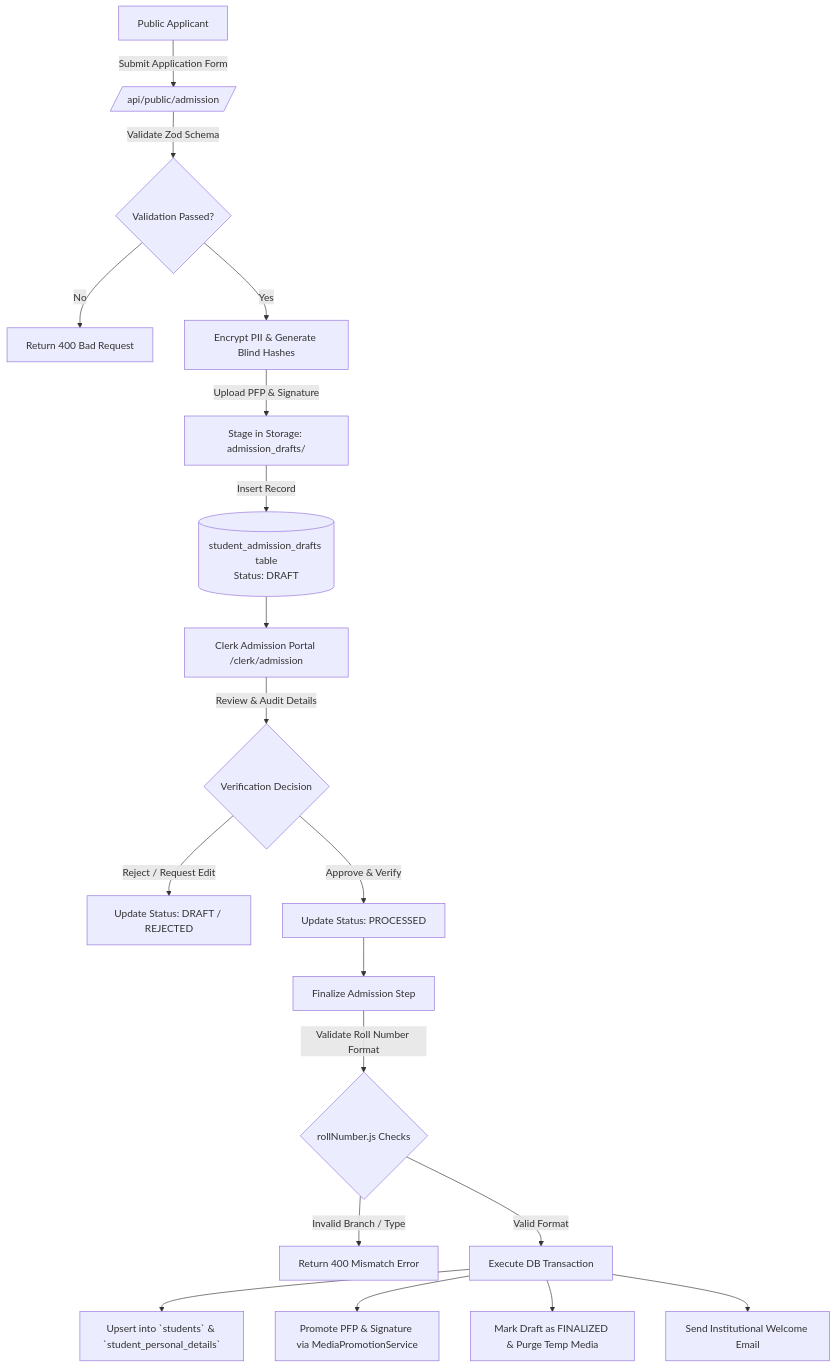
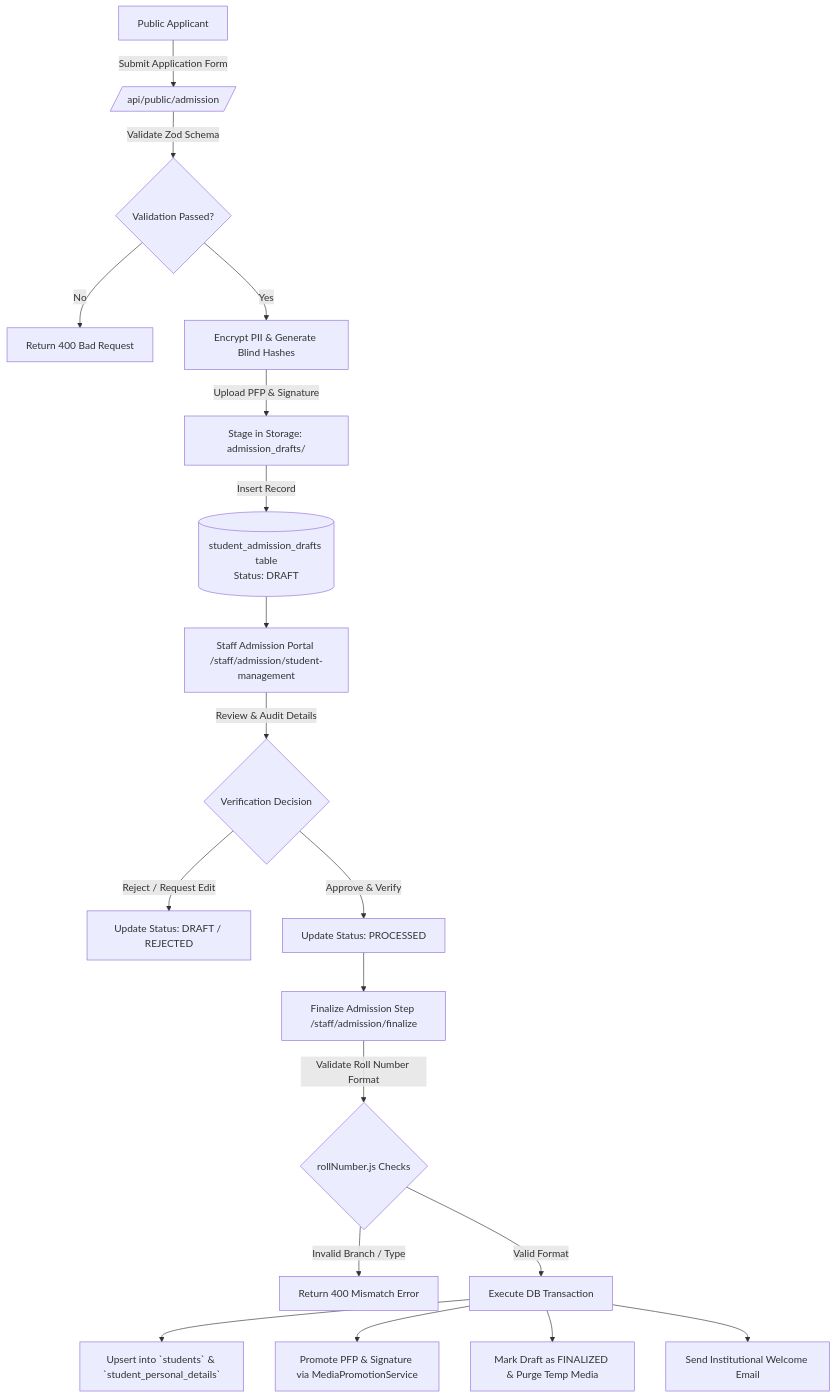
The first of 3 diagrams in DOCUMENTATION/features/admissions.md (GouthamA15/KUCET_College_Management_System), drawn with Mermaid before and after one commit. The commit also changed other lines of this file and 21 other files, not shown here.

````diff
--- a/DOCUMENTATION/features/admissions.md
+++ b/DOCUMENTATION/features/admissions.md
@@ -9,24 +9,24 @@
 ```mermaid
 flowchart TD
     A[Public Applicant] -->|Submit Application Form| B[/api/public/admission/]
     B -->|Validate Zod Schema| C{Validation Passed?}
     C -->|No| D[Return 400 Bad Request]
     C -->|Yes| E[Encrypt PII & Generate Blind Hashes]
     E -->|Upload PFP & Signature| F[Stage in Storage: admission_drafts/]
     F -->|Insert Record| G[(student_admission_drafts table\nStatus: DRAFT)]
     
-    G --> H[Clerk Admission Portal /clerk/admission]
+    G --> H[Staff Admission Portal /staff/admission/student-management]
     H -->|Review & Audit Details| I{Verification Decision}
     I -->|Reject / Request Edit| J[Update Status: DRAFT / REJECTED]
     I -->|Approve & Verify| K[Update Status: PROCESSED]
     
-    K --> L[Finalize Admission Step]
+    K --> L[Finalize Admission Step /staff/admission/finalize]
     L -->|Validate Roll Number Format| M{rollNumber.js Checks}
     M -->|Invalid Branch / Type| N[Return 400 Mismatch Error]
     M -->|Valid Format| O[Execute DB Transaction]
     
     O --> P[Upsert into `students` & `student_personal_details`]
     O --> Q[Promote PFP & Signature via MediaPromotionService]
     O --> R[Mark Draft as FINALIZED & Purge Temp Media]
     O --> S[Send Institutional Welcome Email]
 ```
````
